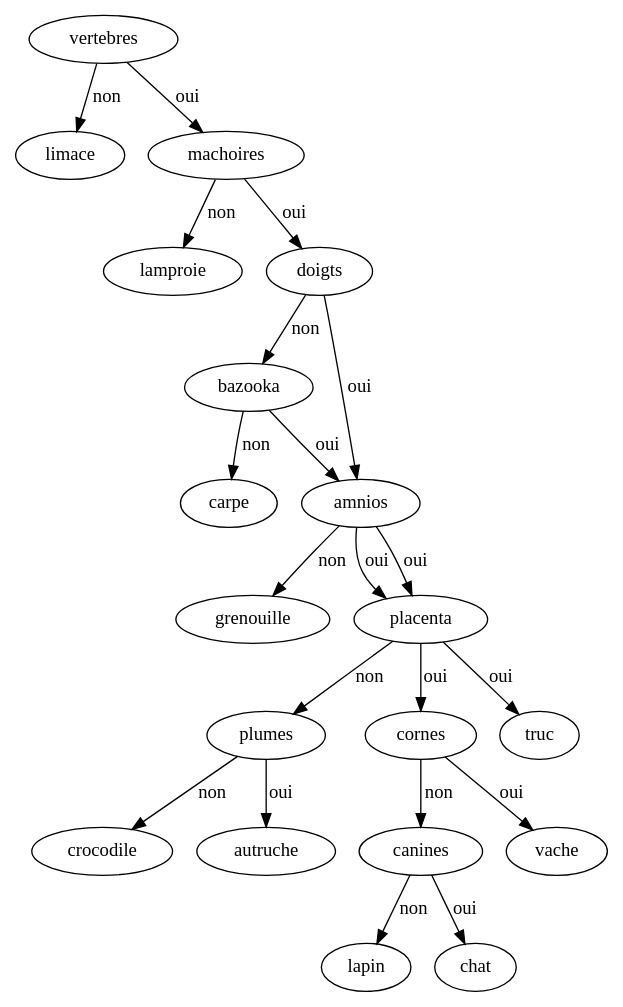
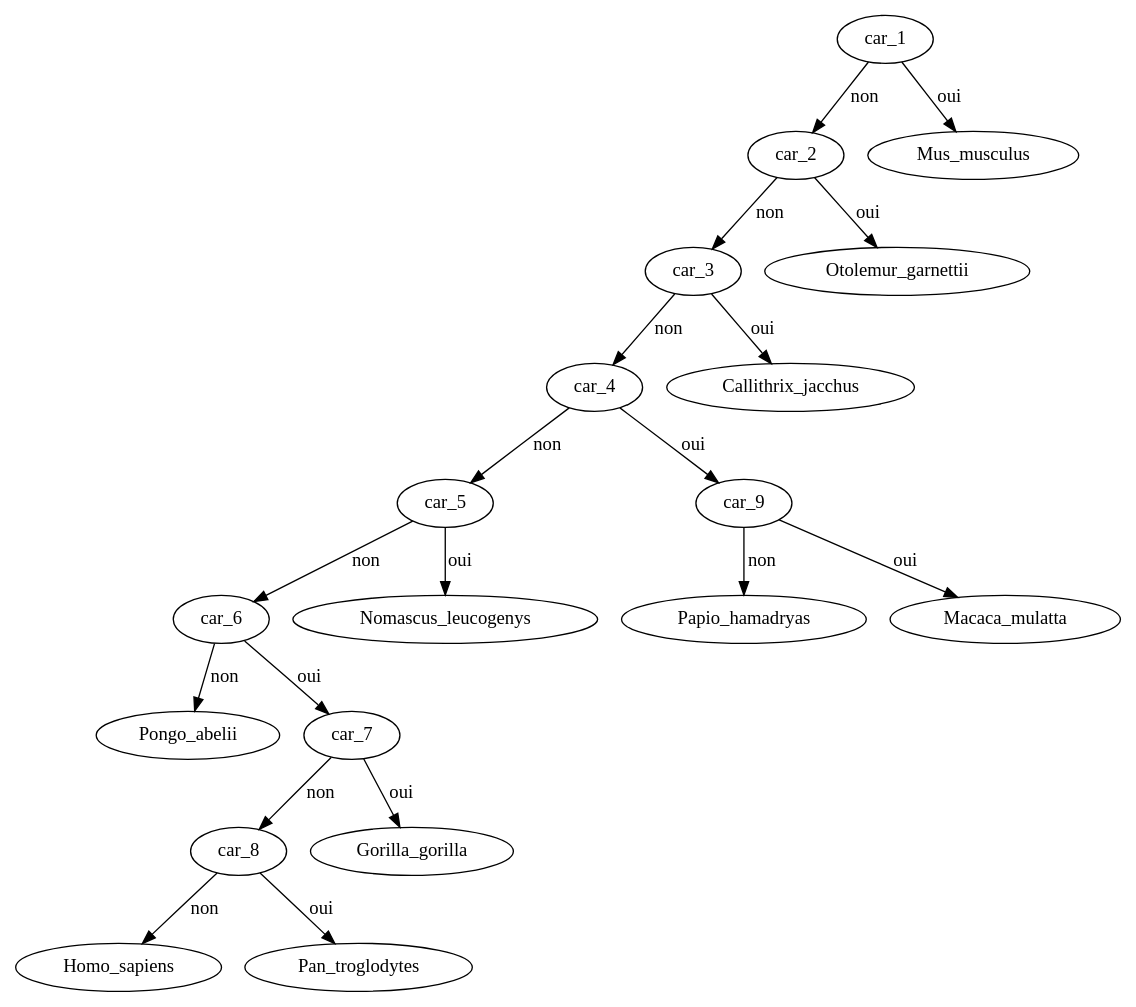
The diagram in arbre.dot (hackerdu38/Arbres-Phylogenetiques), drawn with Graphviz before and after one commit. The commit also changed 6 other files, not shown here.

```diff
--- a/arbre.dot
+++ b/arbre.dot
@@ -1,22 +1,20 @@
 digraph arbre { 
-	vertebres -> limace [label = "non"]
-	vertebres -> machoires [label = "oui"]
-	machoires -> lamproie [label = "non"]
-	machoires -> doigts [label = "oui"]
-	doigts -> bazooka [label = "non"]
-	doigts -> amnios [label = "oui"]
-	bazooka -> carpe [label = "non"]
-	bazooka -> amnios [label = "oui"]
-	amnios -> grenouille [label = "non"]
-	amnios -> placenta [label = "oui"]
-	amnios -> placenta [label = "oui"]
-	placenta -> plumes [label = "non"]
-	placenta -> cornes [label = "oui"]
-	placenta -> truc [label = "oui"]
-	plumes -> crocodile [label = "non"]
-	plumes -> autruche [label = "oui"]
-	cornes -> canines [label = "non"]
-	cornes -> vache [label = "oui"]
-	canines -> lapin [label = "non"]
-	canines -> chat [label = "oui"]
+	car_1 -> car_2 [label = "non"]
+	car_1 -> Mus_musculus [label = "oui"]
+	car_2 -> car_3 [label = "non"]
+	car_2 -> Otolemur_garnettii [label = "oui"]
+	car_3 -> car_4 [label = "non"]
+	car_3 -> Callithrix_jacchus [label = "oui"]
+	car_4 -> car_5 [label = "non"]
+	car_4 -> car_9 [label = "oui"]
+	car_5 -> car_6 [label = "non"]
+	car_5 -> Nomascus_leucogenys [label = "oui"]
+	car_9 -> Papio_hamadryas [label = "non"]
+	car_9 -> Macaca_mulatta [label = "oui"]
+	car_6 -> Pongo_abelii [label = "non"]
+	car_6 -> car_7 [label = "oui"]
+	car_7 -> car_8 [label = "non"]
+	car_7 -> Gorilla_gorilla [label = "oui"]
+	car_8 -> Homo_sapiens [label = "non"]
+	car_8 -> Pan_troglodytes [label = "oui"]
 }
```
